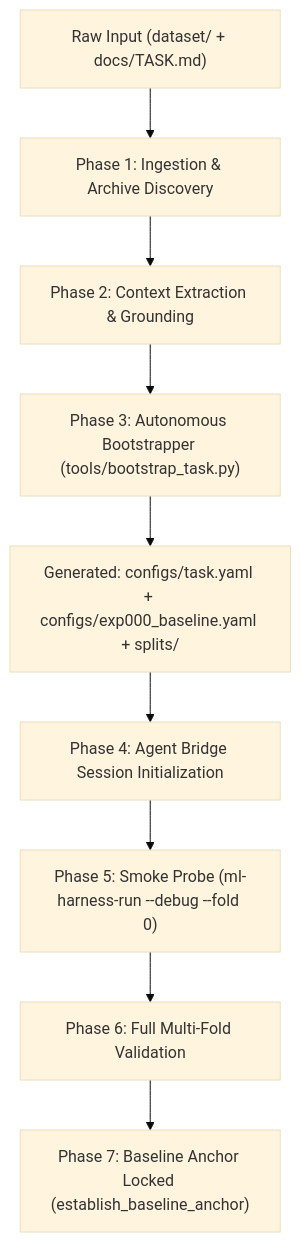
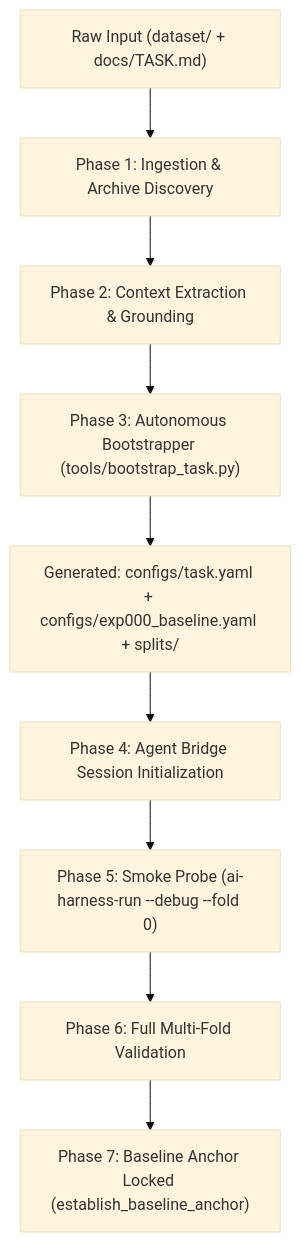
The diagram in docs/prompts/onboarding.md (taitran501/ai-harness), drawn with Mermaid (base theme) before and after one commit. The commit also changed other lines of this file and 11 other files, not shown here.

````diff
--- a/docs/prompts/onboarding.md
+++ b/docs/prompts/onboarding.md
@@ -14,11 +14,11 @@
 ```mermaid
 graph TD
     A["Raw Input (dataset/ + docs/TASK.md)"] --> B["Phase 1: Ingestion & Archive Discovery"]
     B --> C["Phase 2: Context Extraction & Grounding"]
     C --> D["Phase 3: Autonomous Bootstrapper (tools/bootstrap_task.py)"]
     D --> E["Generated: configs/task.yaml + configs/exp000_baseline.yaml + splits/"]
     E --> F["Phase 4: Agent Bridge Session Initialization"]
-    F --> G["Phase 5: Smoke Probe (ml-harness-run --debug --fold 0)"]
+    F --> G["Phase 5: Smoke Probe (ai-harness-run --debug --fold 0)"]
     G --> H["Phase 6: Full Multi-Fold Validation"]
     H --> I["Phase 7: Baseline Anchor Locked (establish_baseline_anchor)"]
 ```
````
